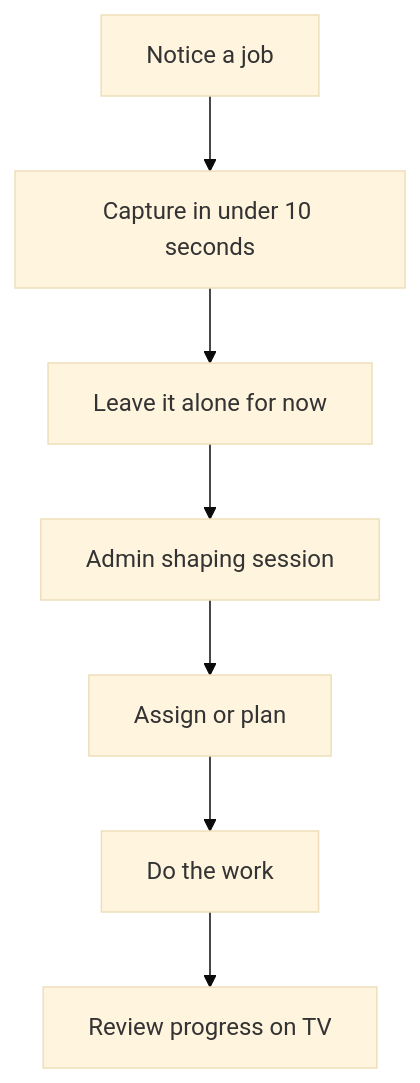
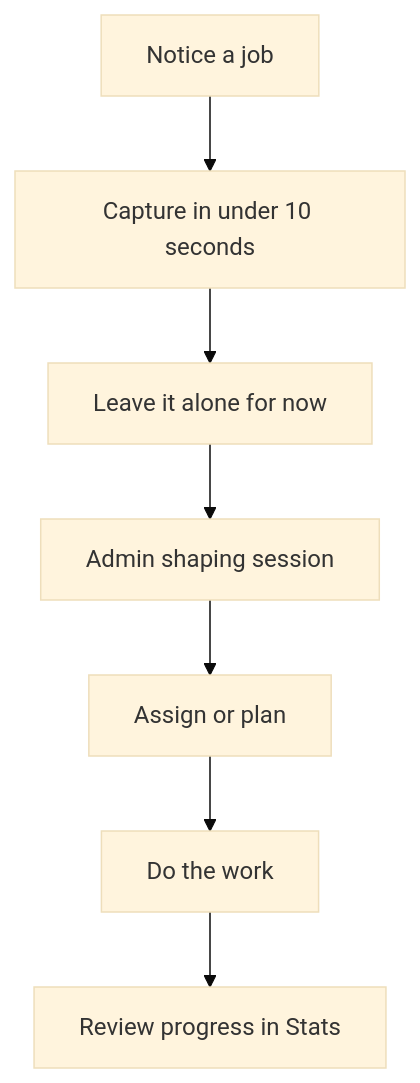
The third of 3 diagrams in docs/user-guide/jobjar-user-guide.md (1Zero9/jobjar), drawn with Mermaid (base theme) before and after one commit. The commit also changed other lines of this file and 34 other files, not shown here.

Commit message:
Ship project planning, timeline, and materials workflow

````diff
--- a/docs/user-guide/jobjar-user-guide.md
+++ b/docs/user-guide/jobjar-user-guide.md
@@ -196,9 +236,9 @@
 ```mermaid
 flowchart TD
   A[Notice a job] --> B[Capture in under 10 seconds]
   B --> C[Leave it alone for now]
   C --> D[Admin shaping session]
   D --> E[Assign or plan]
   E --> F[Do the work]
-  F --> G[Review progress on TV]
+  F --> G[Review progress in Stats]
 ```
````
